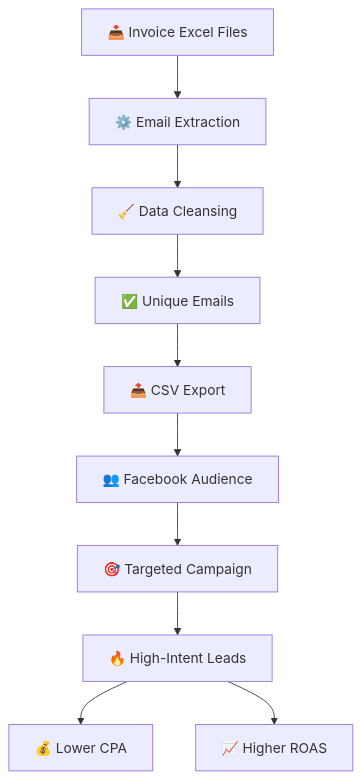
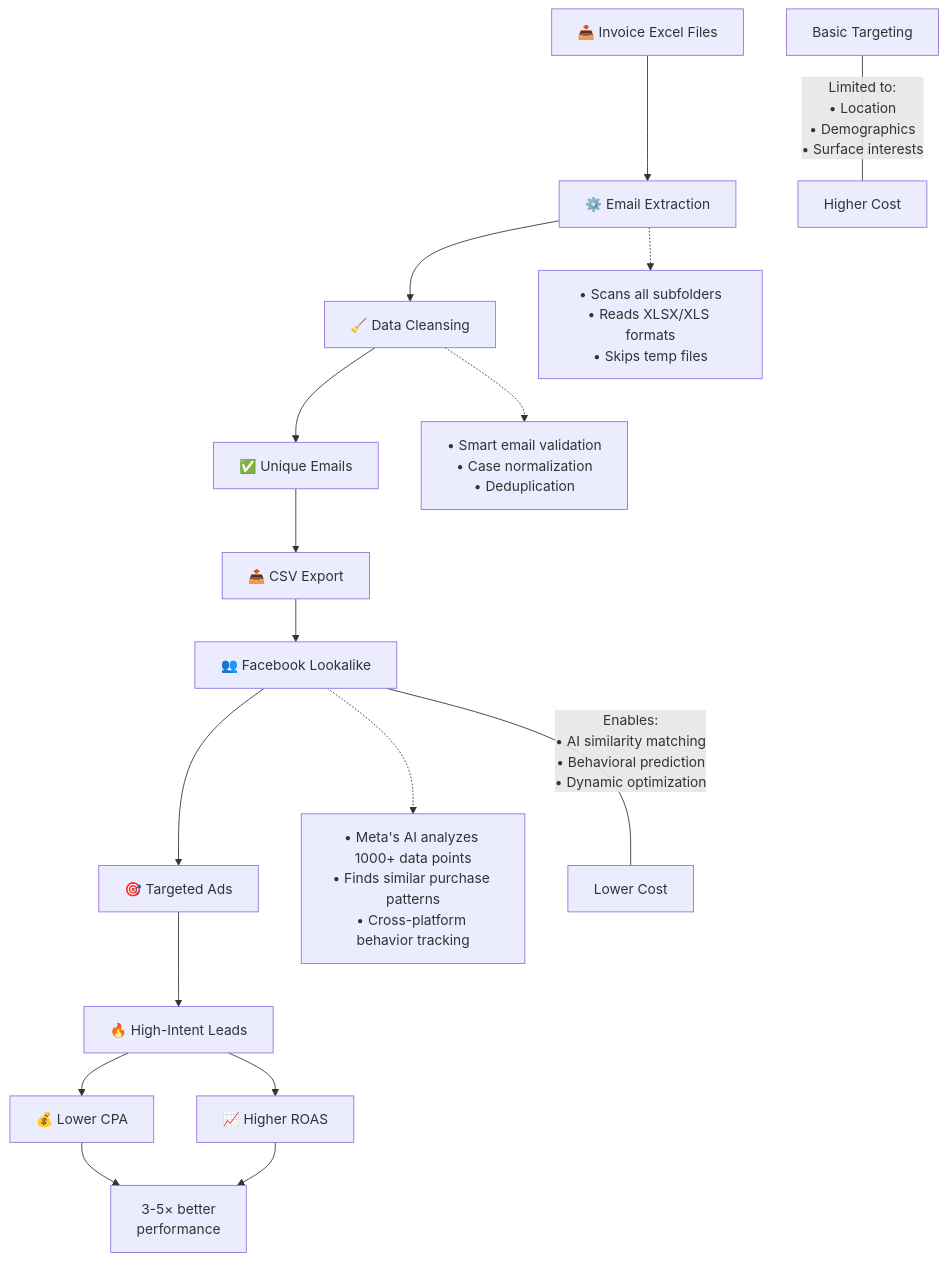
One commit to AleksandrVinnik/Excel-Invoice-Email-Parser changed the diagram in README.md. Above: the diagram before and after it, drawn with Mermaid.

Commit message:
Readme.md file has been updated.

````diff
--- a/README.md
+++ b/README.md
@@ -23,13 +23,27 @@
 ```mermaid
 graph TD
+    %% ====== CORE WORKFLOW ====== %%
     A[📥 Invoice Excel Files] --> B[⚙️ Email Extraction]
     B --> C[🧹 Data Cleansing]
     C --> D[✅ Unique Emails]
     D --> E[📤 CSV Export]
-    E --> F[👥 Facebook Audience]
-    F --> G[🎯 Targeted Campaign]
+    E --> F[👥 Facebook Lookalike]
+    F --> G[🎯 Targeted Ads]
     G --> H[🔥 High-Intent Leads]
+    
+    %% ====== KEY FEATURES ====== %%
+    B -.-> B1["• Scans all subfolders<br>• Reads XLSX/XLS formats<br>• Skips temp files"]
+    C -.-> C1["• Smart email validation<br>• Case normalization<br>• Deduplication"]
+    F -.-> F1["• Meta's AI analyzes 1000+ data points<br>• Finds similar purchase patterns<br>• Cross-platform behavior tracking"]
+    
+    %% ====== PERFORMANCE BENEFITS ====== %%
     H --> I[💰 Lower CPA]
     H --> J[📈 Higher ROAS]
+    I & J --> K["3-5× better<br>performance"]
+    
+    %% ====== VS BASIC TARGETING ====== %%
+    L[Basic Targeting] --- |"Limited to:<br>• Location<br>• Demographics<br>• Surface interests"| M[Higher Cost]
+    F --- |"Enables:<br>• AI similarity matching<br>• Behavioral prediction<br>• Dynamic optimization"| N[Lower Cost]
+    
 
 ```
````
